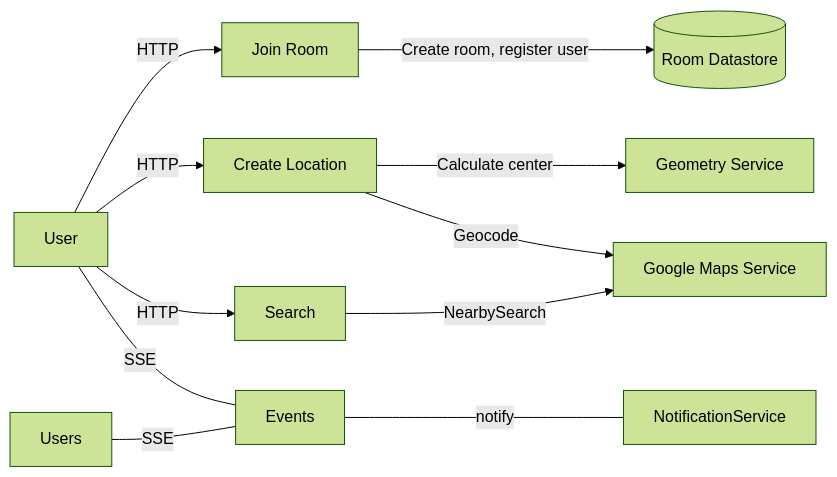
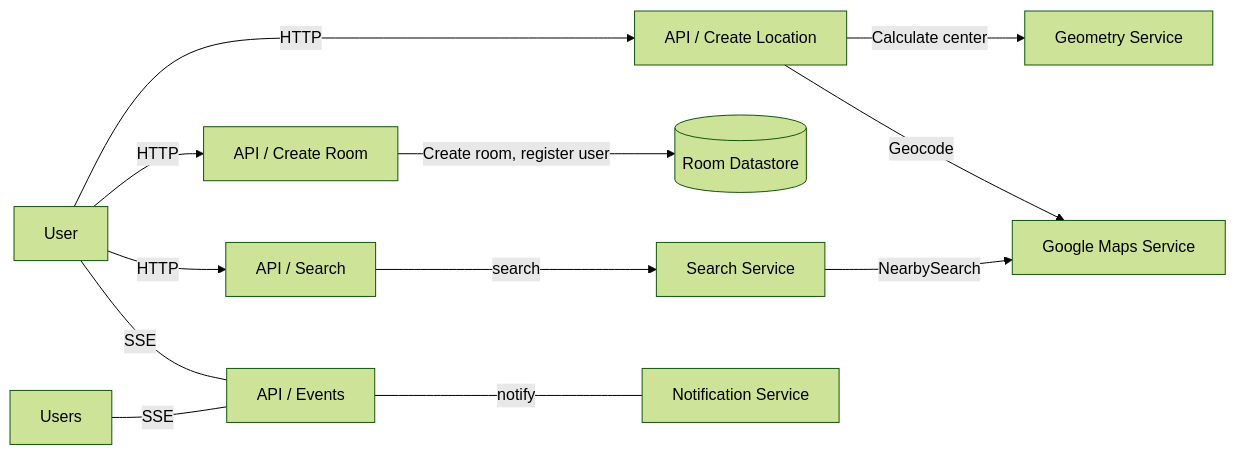
The diagram in DESIGN.md (n0ur/nearby-places), drawn with Mermaid (forest theme) before and after one commit. The commit also changed other lines of this file and 1 other file, not shown here.

````diff
--- a/DESIGN.md
+++ b/DESIGN.md
@@ -22,14 +22,15 @@
 ```mermaid
 flowchart LR
-    User -->|HTTP| A[Join Room]
-    User -->|HTTP| B[Create Location]
-    User -->|HTTP| C[Search]
-    User ---|SSE| D[Events]
-    Users ---|SSE| D[Events]
+    User -->|HTTP| A[API / Create Room]
+    User -->|HTTP| B[API / Create Location]
+    User -->|HTTP| C[API / Search]
+    User ---|SSE| D[API / Events]
+    Users ---|SSE| D[API / Events]
 
     A -->|Create room, register user| E[(Room Datastore)]
     B -->|Calculate center| H[Geometry Service]
     B -->|Geocode| F[Google Maps Service]
-    C -->|NearbySearch| F[Google Maps Service]
-    D ---|notify| G[NotificationService]
+    C -->|search| SS[Search Service]
+    SS -->|NearbySearch| F[Google Maps Service]
+    D ---|notify| G[Notification Service]
 ```
````
